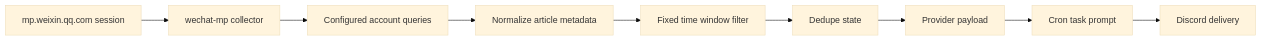
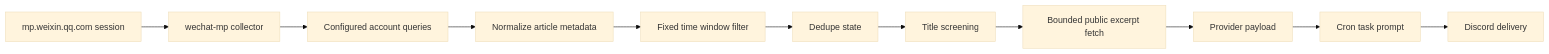
The diagram in docs/providers/content.md (yuanyunfan/miniclaw), drawn with Mermaid (base theme) before and after one commit. The commit also changed other lines of this file and 17 other files, not shown here.

````diff
--- a/docs/providers/content.md
+++ b/docs/providers/content.md
@@ -7,11 +7,13 @@
 ```mermaid
 flowchart LR
   Session[mp.weixin.qq.com session] --> Collector[wechat-mp collector]
   Collector --> Accounts[Configured account queries]
   Accounts --> Normalize[Normalize article metadata]
   Normalize --> Window[Fixed time window filter]
   Window --> Dedupe[Dedupe state]
-  Dedupe --> Payload[Provider payload]
+  Dedupe --> Screen[Title screening]
+  Screen --> Excerpt[Bounded public excerpt fetch]
+  Excerpt --> Payload[Provider payload]
   Payload --> Cron[Cron task prompt]
   Cron --> Discord[Discord delivery]
 ```
````
